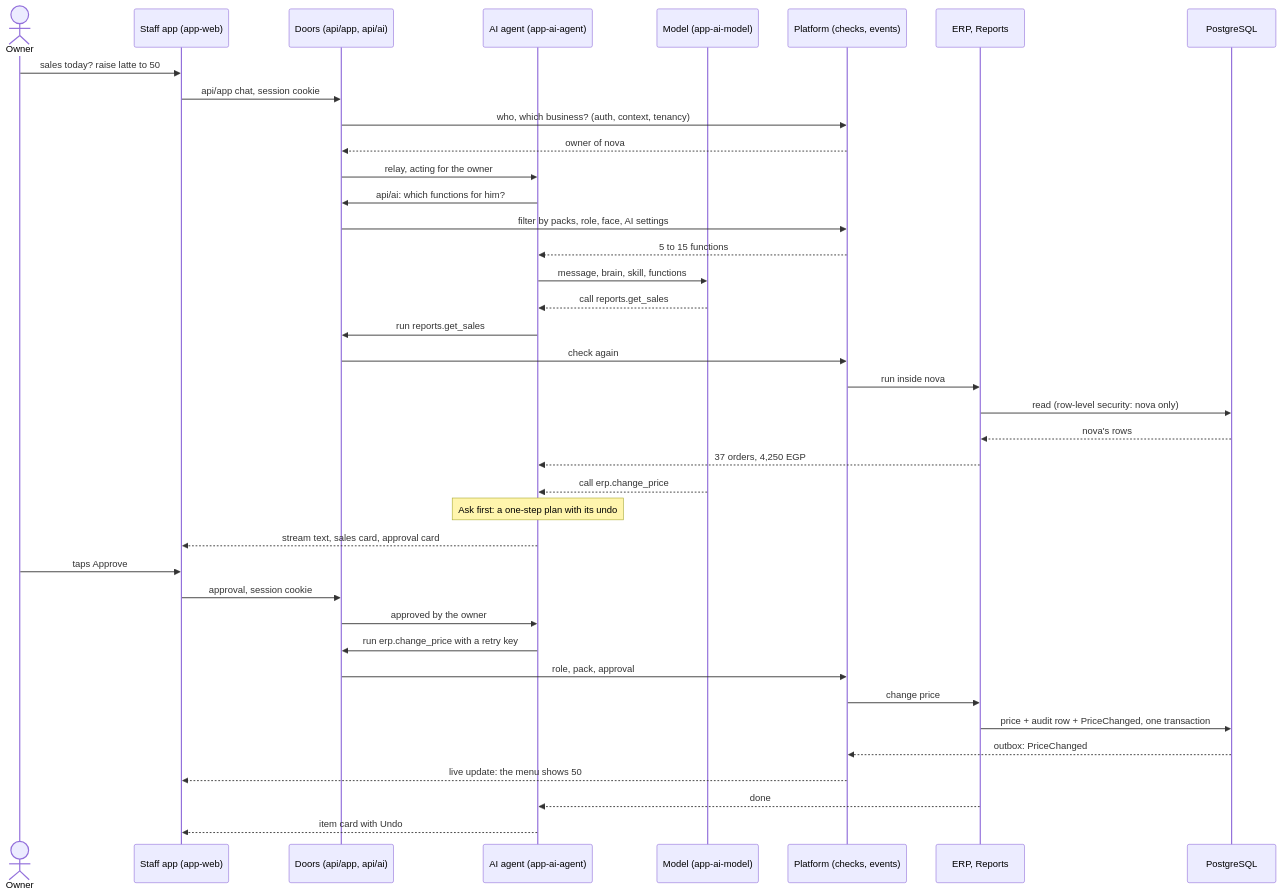
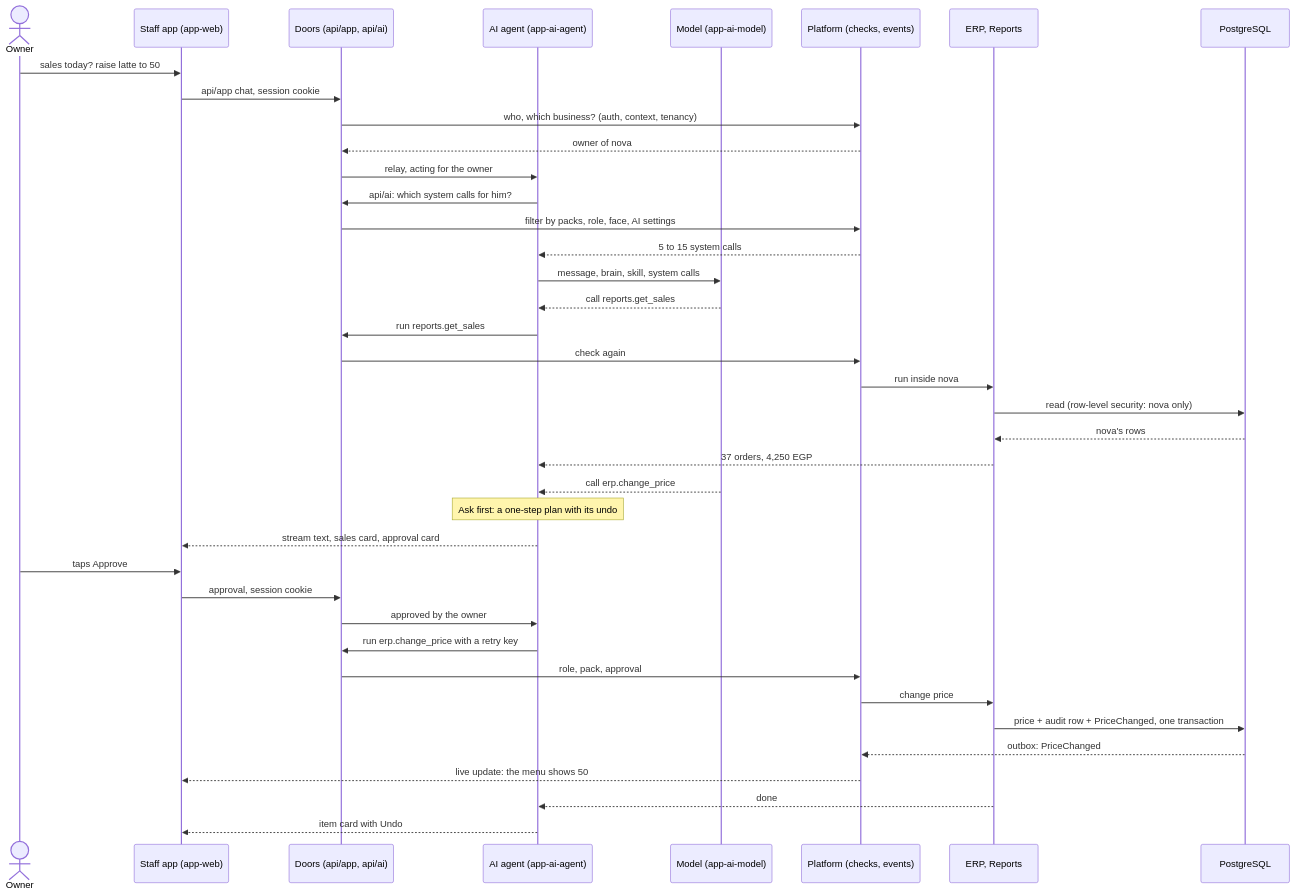
Before and after one commit to puagraduationproject/graduationproject: the fourth of 11 diagrams in technical-structure.md, drawn with Mermaid. The commit also changed other lines of this file and 2 other files, not shown here.

Commit message:
Design: functions are now system calls, and adapters are drivers

````diff
--- a/technical-structure.md
+++ b/technical-structure.md
@@ -451,42 +453,42 @@
 ```mermaid
 sequenceDiagram
   actor A as Owner
   participant W as Staff app (app-web)
   participant D as Doors (api/app, api/ai)
   participant G as AI agent (app-ai-agent)
   participant M as Model (app-ai-model)
   participant P as Platform (checks, events)
   participant B as ERP, Reports
   participant DB as PostgreSQL
 
   A->>W: sales today? raise latte to 50
   W->>D: api/app chat, session cookie
   D->>P: who, which business? (auth, context, tenancy)
   P-->>D: owner of nova
   D->>G: relay, acting for the owner
-  G->>D: api/ai: which functions for him?
+  G->>D: api/ai: which system calls for him?
   D->>P: filter by packs, role, face, AI settings
-  P-->>G: 5 to 15 functions
-  G->>M: message, brain, skill, functions
+  P-->>G: 5 to 15 system calls
+  G->>M: message, brain, skill, system calls
   M-->>G: call reports.get_sales
   G->>D: run reports.get_sales
   D->>P: check again
   P->>B: run inside nova
   B->>DB: read (row-level security: nova only)
   DB-->>B: nova's rows
   B-->>G: 37 orders, 4,250 EGP
   M-->>G: call erp.change_price
   Note over G: Ask first: a one-step plan with its undo
   G-->>W: stream text, sales card, approval card
   A->>W: taps Approve
   W->>D: approval, session cookie
   D->>G: approved by the owner
   G->>D: run erp.change_price with a retry key
   D->>P: role, pack, approval
   P->>B: change price
   B->>DB: price + audit row + PriceChanged, one transaction
   DB-->>P: outbox: PriceChanged
   P-->>W: live update: the menu shows 50
   B-->>G: done
   G-->>W: item card with Undo
 ```
````
